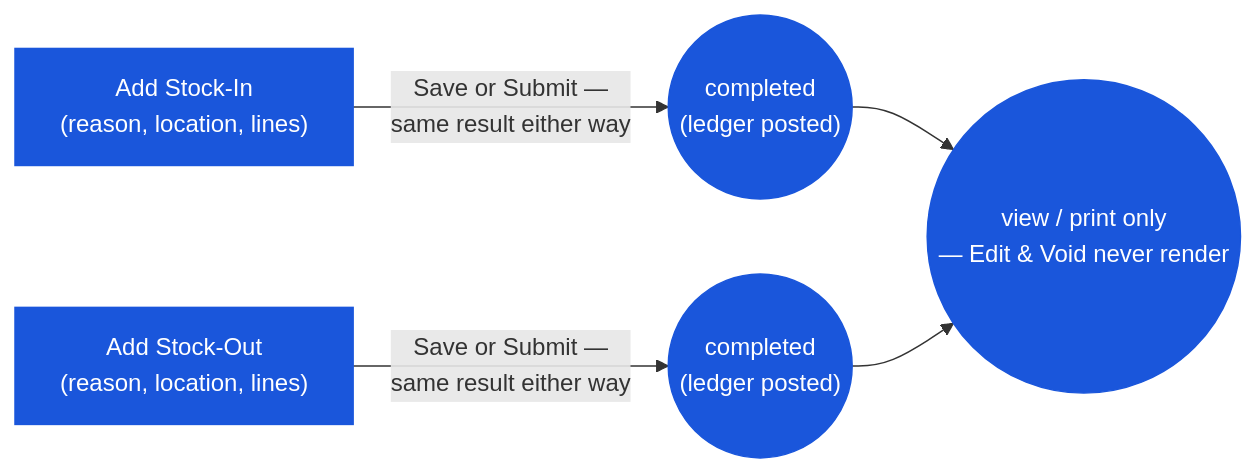
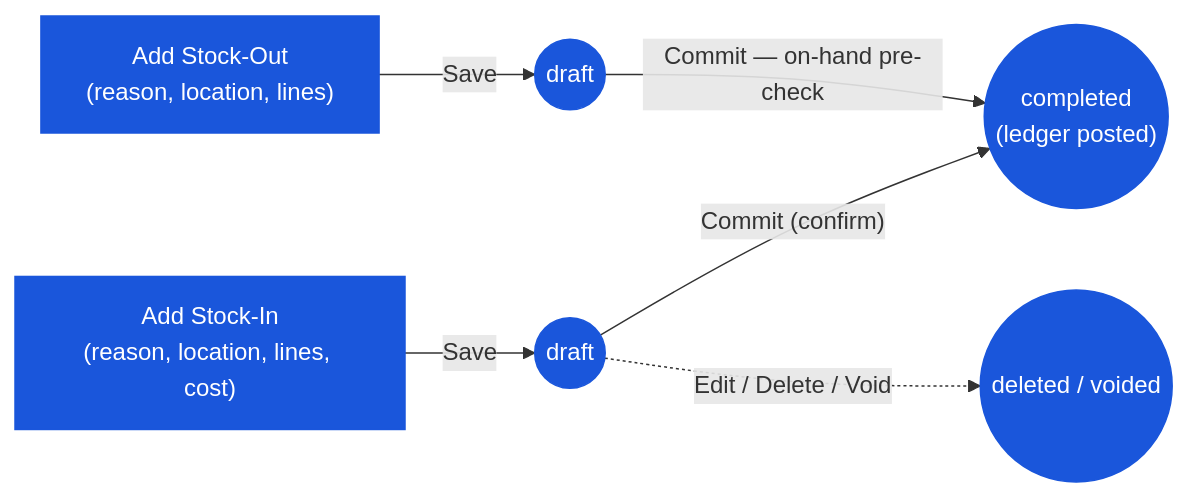
Before and after one commit to CarmenSoftware-organization/carmen-wiki: the diagram in en/inventory/inventory-adjustment/03-user-flow-store-keeper.md, drawn with Mermaid. The commit also changed other lines of this file and 48 other files, not shown here.

````diff
--- a/en/inventory/inventory-adjustment/03-user-flow-store-keeper.md
+++ b/en/inventory/inventory-adjustment/03-user-flow-store-keeper.md
@@ -19,8 +19,9 @@
 ```mermaid
 graph LR
-    create_in["Add Stock-In\n(reason, location, lines)"]:::current -->|"Save or Submit —\nsame result either way"| completed_in(("completed\n(ledger posted)")):::current
-    create_out["Add Stock-Out\n(reason, location, lines)"]:::current -->|"Save or Submit —\nsame result either way"| completed_out(("completed\n(ledger posted)")):::current
-    completed_in --> readonly(("view / print only\n— Edit & Void never render")):::current
-    completed_out --> readonly
+    create_in["Add Stock-In\n(reason, location, lines, cost)"]:::current -->|"Save"| draft_in(("draft")):::current
+    create_out["Add Stock-Out\n(reason, location, lines)"]:::current -->|"Save"| draft_out(("draft")):::current
+    draft_in -->|"Commit (confirm)"| posted(("completed\n(ledger posted)")):::current
+    draft_out -->|"Commit — on-hand pre-check"| posted
+    draft_in -.->|"Edit / Delete / Void"| gone(("deleted / voided")):::current
     classDef current fill:#1a56db,color:#fff,stroke:#1a56db;
 ```
````
